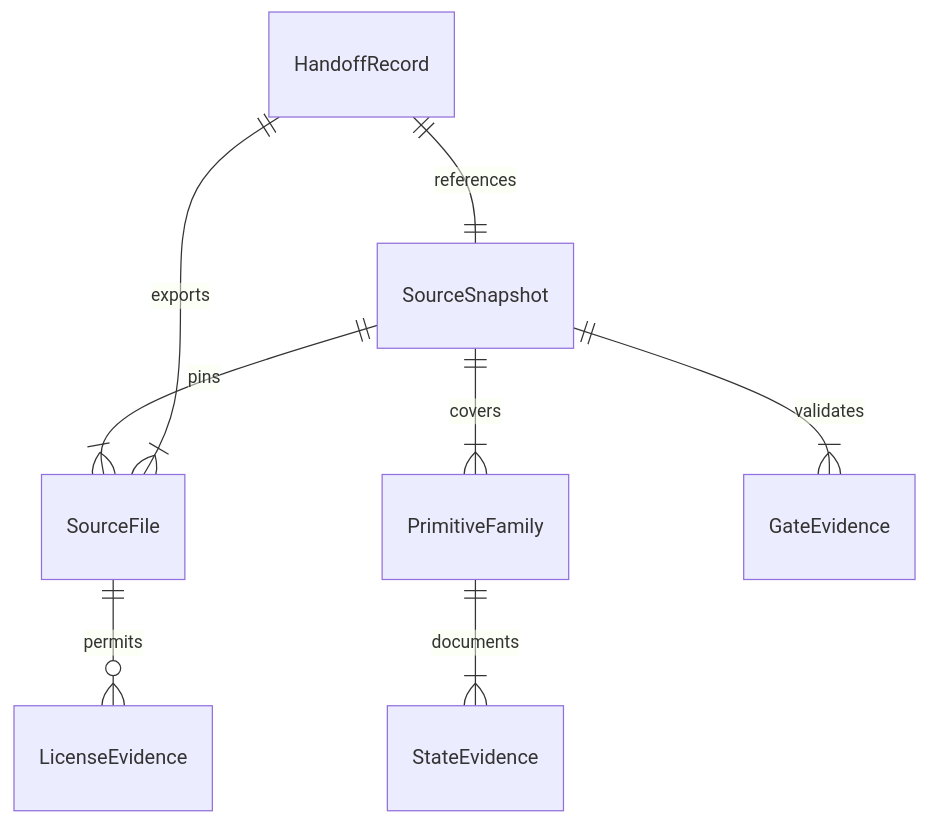
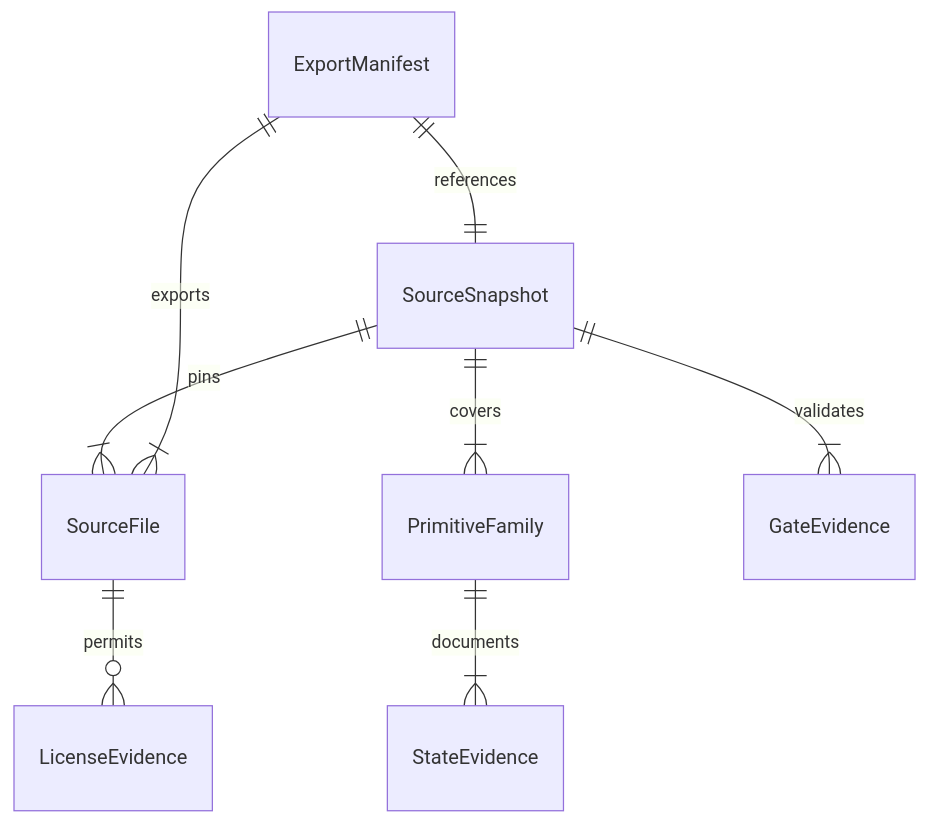
Before and after one commit to spec-kitty/spec-kitty-design: the diagram in kitty-specs/desktop-v2-immutable-handoff-develop-01M3JSCM/data-model.md, drawn with Mermaid. The commit also changed other lines of this file and 3 other files, not shown here.

````diff
--- a/kitty-specs/desktop-v2-immutable-handoff-develop-01M3JSCM/data-model.md
+++ b/kitty-specs/desktop-v2-immutable-handoff-develop-01M3JSCM/data-model.md
@@ -5,10 +5,10 @@
 ```mermaid
 erDiagram
   SourceSnapshot ||--|{ SourceFile : pins
   SourceSnapshot ||--|{ PrimitiveFamily : covers
   PrimitiveFamily ||--|{ StateEvidence : documents
   SourceFile ||--o{ LicenseEvidence : permits
   SourceSnapshot ||--|{ GateEvidence : validates
-  HandoffRecord ||--|| SourceSnapshot : references
-  HandoffRecord ||--|{ SourceFile : exports
+  ExportManifest ||--|| SourceSnapshot : references
+  ExportManifest ||--|{ SourceFile : exports
 ```
````
